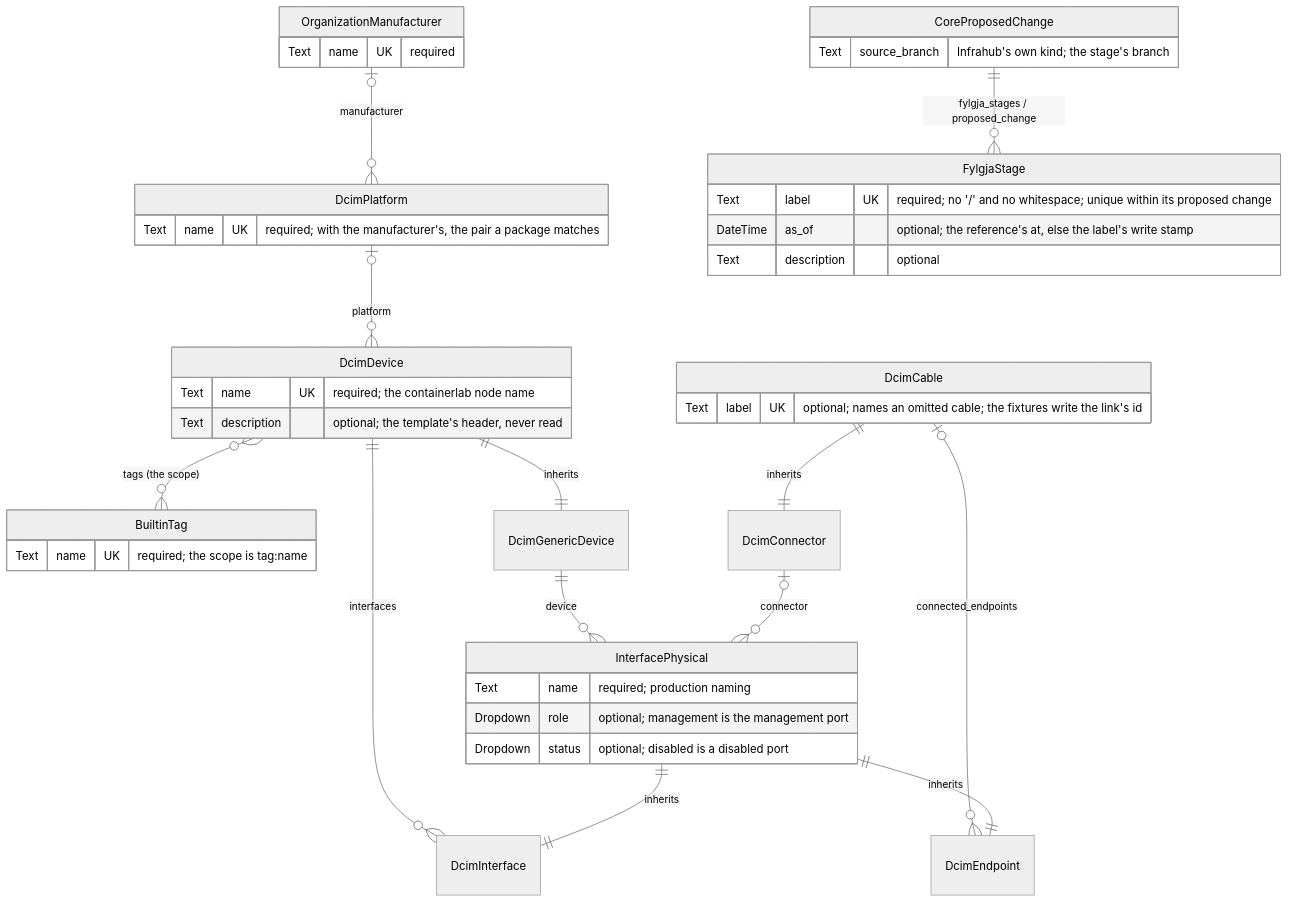
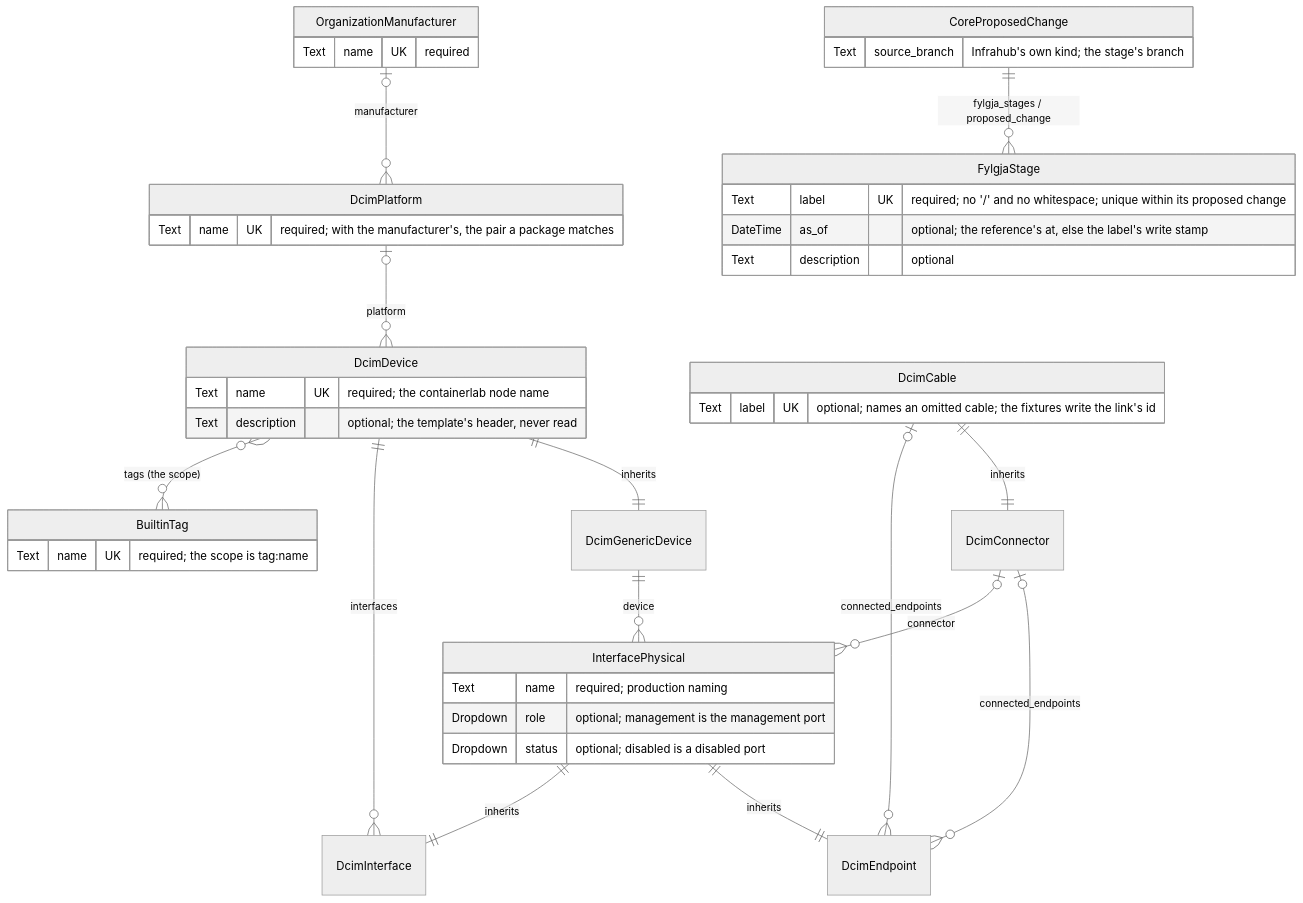
The diagram in docs/diagrams/schema.md (happypathnetworking/fylgja), drawn with Mermaid (neutral theme) before and after one commit. The commit also changed other lines of this file and 17 other files, not shown here.

First line of the commit message:
fix(intent): conformance holds DcimConnector.connected_endpoints, which Ports reads on the generic

````diff
--- a/docs/diagrams/schema.md
+++ b/docs/diagrams/schema.md
@@ -37,45 +38,46 @@
 ```mermaid
 erDiagram
     DcimDevice }o--o{ BuiltinTag : "tags (the scope)"
     DcimPlatform |o--o{ DcimDevice : "platform"
     OrganizationManufacturer |o--o{ DcimPlatform : "manufacturer"
     DcimDevice ||--o{ DcimInterface : "interfaces"
     DcimGenericDevice ||--o{ InterfacePhysical : "device"
     DcimConnector |o--o{ InterfacePhysical : "connector"
     DcimCable |o--o{ DcimEndpoint : "connected_endpoints"
+    DcimConnector |o--o{ DcimEndpoint : "connected_endpoints"
     DcimDevice ||--|| DcimGenericDevice : "inherits"
     InterfacePhysical ||--|| DcimInterface : "inherits"
     InterfacePhysical ||--|| DcimEndpoint : "inherits"
     DcimCable ||--|| DcimConnector : "inherits"
     CoreProposedChange ||--o{ FylgjaStage : "fylgja_stages / proposed_change"
 
     BuiltinTag {
         Text name UK "required; the scope is tag:name"
     }
     DcimDevice {
         Text name UK "required; the containerlab node name"
         Text description "optional; the template's header, never read"
     }
     DcimPlatform {
         Text name UK "required; with the manufacturer's, the pair a package matches"
     }
     OrganizationManufacturer {
         Text name UK "required"
     }
     InterfacePhysical {
         Text name "required; production naming"
         Dropdown role "optional; management is the management port"
         Dropdown status "optional; disabled is a disabled port"
     }
     DcimCable {
         Text label UK "optional; names an omitted cable; the fixtures write the link's id"
     }
     FylgjaStage {
         Text label UK "required; no '/' and no whitespace; unique within its proposed change"
         DateTime as_of "optional; the reference's at, else the label's write stamp"
         Text description "optional"
     }
     CoreProposedChange {
         Text source_branch "Infrahub's own kind; the stage's branch"
     }
 ```
````
